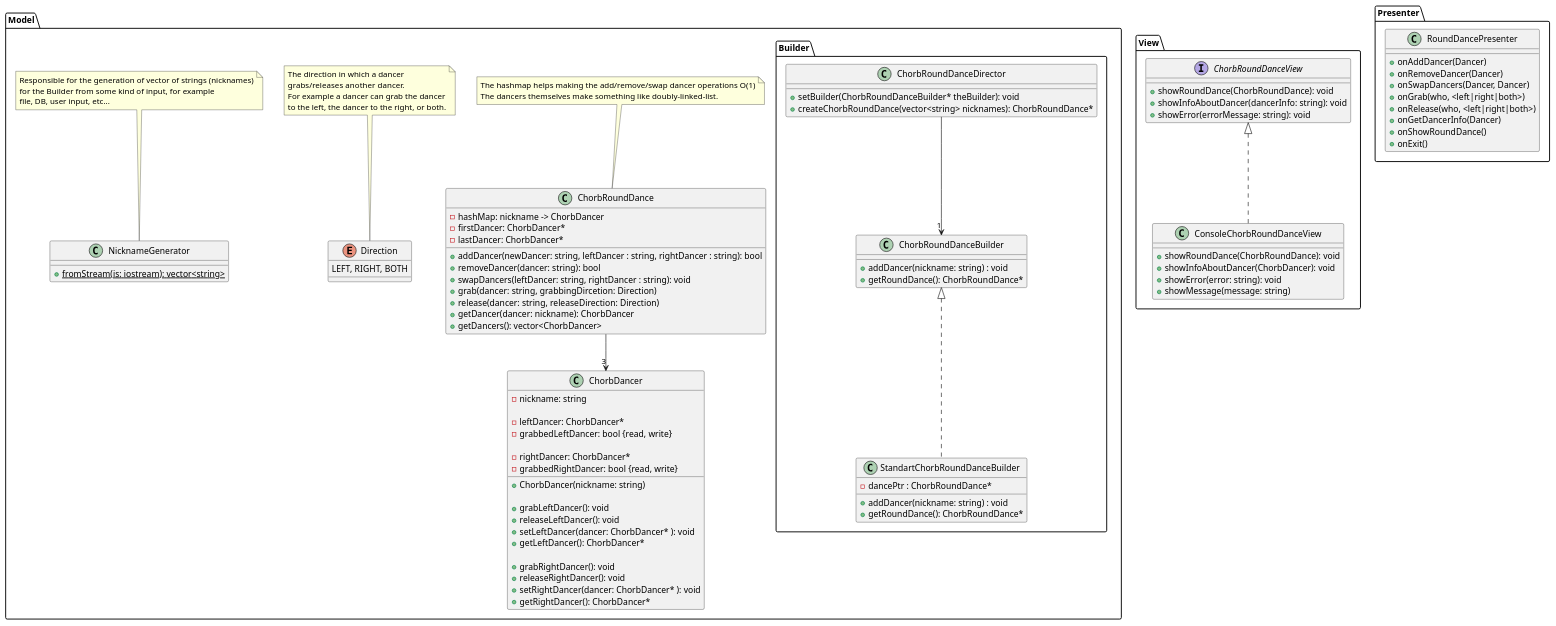
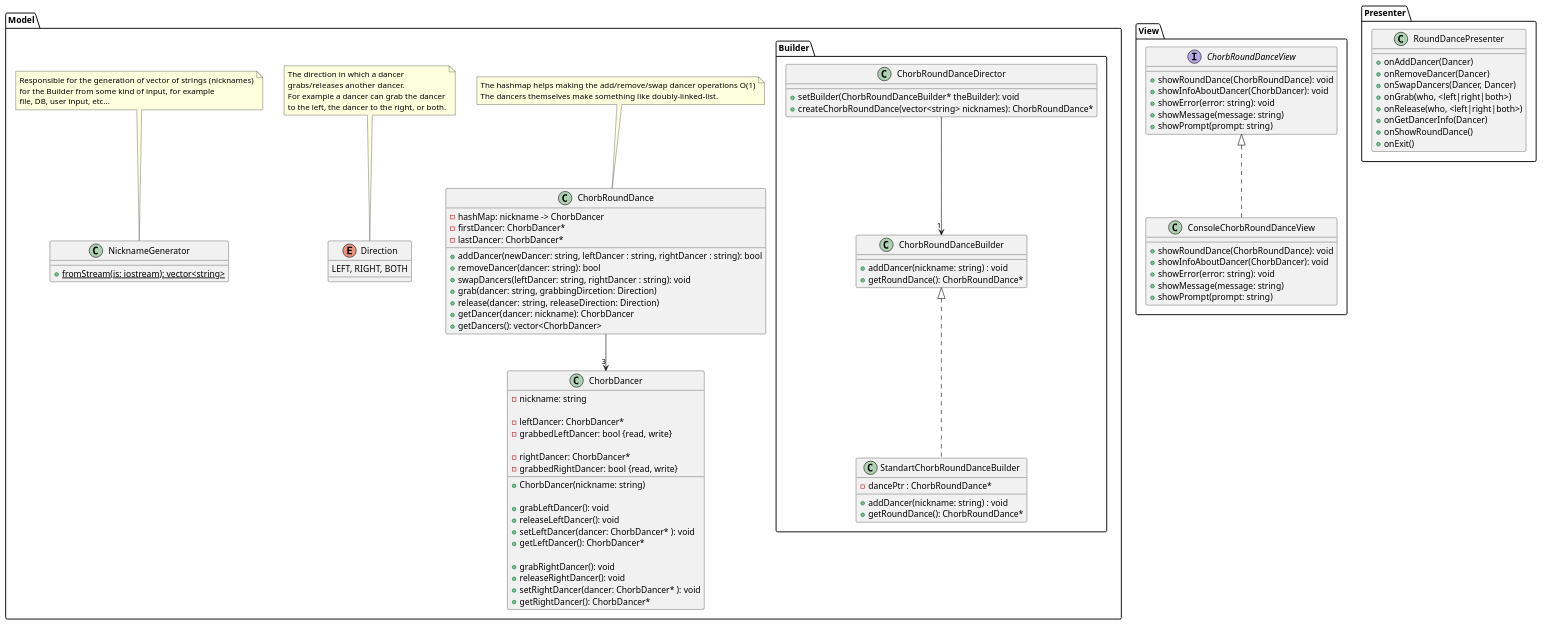
One commit to segoranov/round_dance changed the diagram in class_diagram.plantuml. Above: the diagram before and after it, drawn with PlantUML. The commit also changed 7 other files, not shown here.

```diff
--- a/class_diagram.plantuml
+++ b/class_diagram.plantuml
@@ -1,119 +1,122 @@
 @startuml
 package Model {
 
   class ChorbRoundDance{
     - hashMap: nickname -> ChorbDancer
     - firstDancer: ChorbDancer*
     - lastDancer: ChorbDancer*
     + addDancer(newDancer: string, leftDancer : string, rightDancer : string): bool
     + removeDancer(dancer: string): bool
     + swapDancers(leftDancer: string, rightDancer : string): void
     + grab(dancer: string, grabbingDircetion: Direction)
     + release(dancer: string, releaseDirection: Direction)
     + getDancer(dancer: nickname): ChorbDancer
     + getDancers(): vector<ChorbDancer>
   }
 
   ChorbRoundDance --> "3" ChorbDancer
 
   note top of ChorbRoundDance
     The hashmap helps making the add/remove/swap dancer operations O(1)
     The dancers themselves make something like doubly-linked-list.
   end note
 
   enum Direction {
     LEFT, RIGHT, BOTH
   }
 
   note top of Direction
     The direction in which a dancer
     grabs/releases another dancer.
     For example a dancer can grab the dancer
     to the left, the dancer to the right, or both.
   end note
 
   class ChorbDancer{
     - nickname: string
 
     - leftDancer: ChorbDancer*
     - grabbedLeftDancer: bool {read, write}
 
     - rightDancer: ChorbDancer*
     - grabbedRightDancer: bool {read, write}
 
     + ChorbDancer(nickname: string)
 
     + grabLeftDancer(): void
     + releaseLeftDancer(): void
     + setLeftDancer(dancer: ChorbDancer* ): void
     + getLeftDancer(): ChorbDancer*
 
     + grabRightDancer(): void
     + releaseRightDancer(): void
     + setRightDancer(dancer: ChorbDancer* ): void
     + getRightDancer(): ChorbDancer*
   }
 
   class NicknameGenerator {
     + fromStream(is: iostream): vector<string> {static}
   }
 
   note top of NicknameGenerator
     Responsible for the generation of vector of strings (nicknames)
     for the Builder from some kind of input, for example
     file, DB, user input, etc...
   end note
 
   package Builder {
 
     class ChorbRoundDanceBuilder {
       + addDancer(nickname: string) : void
       + getRoundDance(): ChorbRoundDance*
     }
 
     class StandartChorbRoundDanceBuilder implements ChorbRoundDanceBuilder {
       - dancePtr : ChorbRoundDance*
       + addDancer(nickname: string) : void
       + getRoundDance(): ChorbRoundDance*
     }
 
     class ChorbRoundDanceDirector {
       + setBuilder(ChorbRoundDanceBuilder* theBuilder): void
       + createChorbRoundDance(vector<string> nicknames): ChorbRoundDance*
     }
 
     ChorbRoundDanceDirector --> "1" ChorbRoundDanceBuilder
 
   }
 
 }
 
 package View {
   interface ChorbRoundDanceView {
     + showRoundDance(ChorbRoundDance): void
-    + showInfoAboutDancer(dancerInfo: string): void
-    + showError(errorMessage: string): void
+    + showInfoAboutDancer(ChorbDancer): void
+    + showError(error: string): void
+    + showMessage(message: string)
+    + showPrompt(prompt: string)
   }
 
   class ConsoleChorbRoundDanceView implements ChorbRoundDanceView {
     + showRoundDance(ChorbRoundDance): void
     + showInfoAboutDancer(ChorbDancer): void
     + showError(error: string): void
     + showMessage(message: string)
+    + showPrompt(prompt: string)
   }
 }
 
 package Presenter {
   class RoundDancePresenter {
     + onAddDancer(Dancer)
     + onRemoveDancer(Dancer)
     + onSwapDancers(Dancer, Dancer)
     + onGrab(who, <left|right|both>)
     + onRelease(who, <left|right|both>)
     + onGetDancerInfo(Dancer)
     + onShowRoundDance()
     + onExit()
   }
 
 }
 @enduml
```
